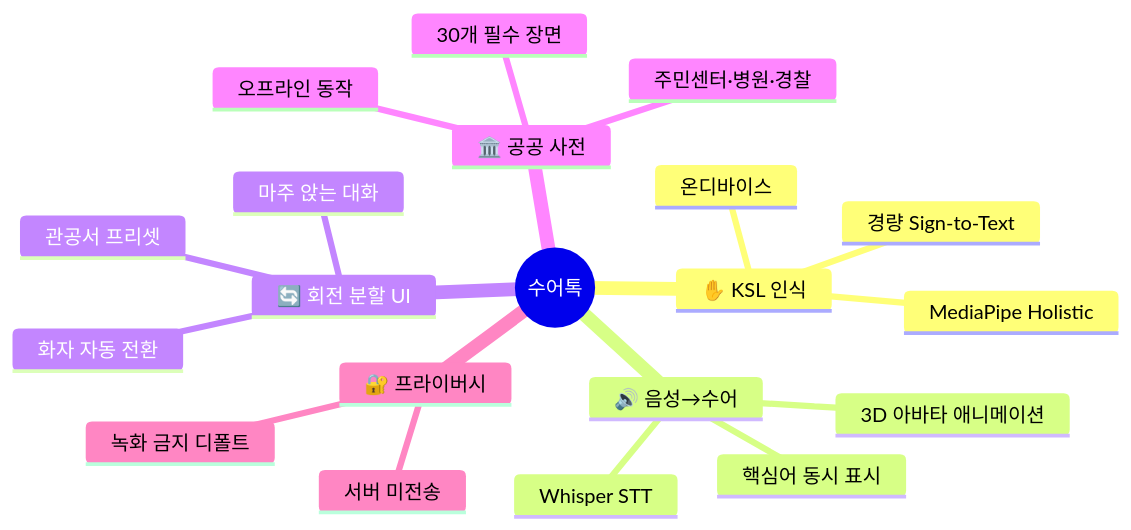
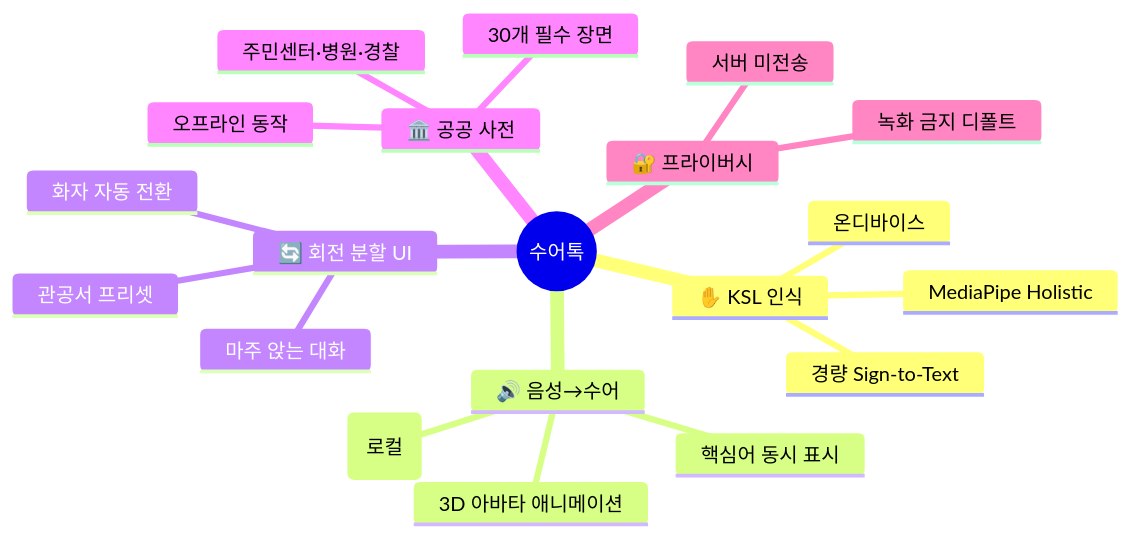
Before and after one commit to iamywl/contest_archive: the first of 2 diagrams in _여분_현대오토에버_수어톡/제안서.md, drawn with Mermaid. The commit also changed other lines of this file, not shown here.

First line of the commit message:
Refactor 수어톡 제안서: 'OpenAI Whisper' → whisper.cpp / MLX Whisper 명시

````diff
--- a/_여분_현대오토에버_수어톡/제안서.md
+++ b/_여분_현대오토에버_수어톡/제안서.md
@@ -165,23 +165,23 @@
 ```mermaid
 mindmap
   root((수어톡))
     ✋ KSL 인식
       MediaPipe Holistic
       경량 Sign-to-Text
       온디바이스
     🔊 음성→수어
-      Whisper STT
+      whisper.cpp STT (로컬)
       3D 아바타 애니메이션
       핵심어 동시 표시
     🔄 회전 분할 UI
       화자 자동 전환
       마주 앉는 대화
       관공서 프리셋
     🏛️ 공공 사전
       주민센터·병원·경찰
       30개 필수 장면
       오프라인 동작
     🔐 프라이버시
       서버 미전송
       녹화 금지 디폴트
 ```
````
